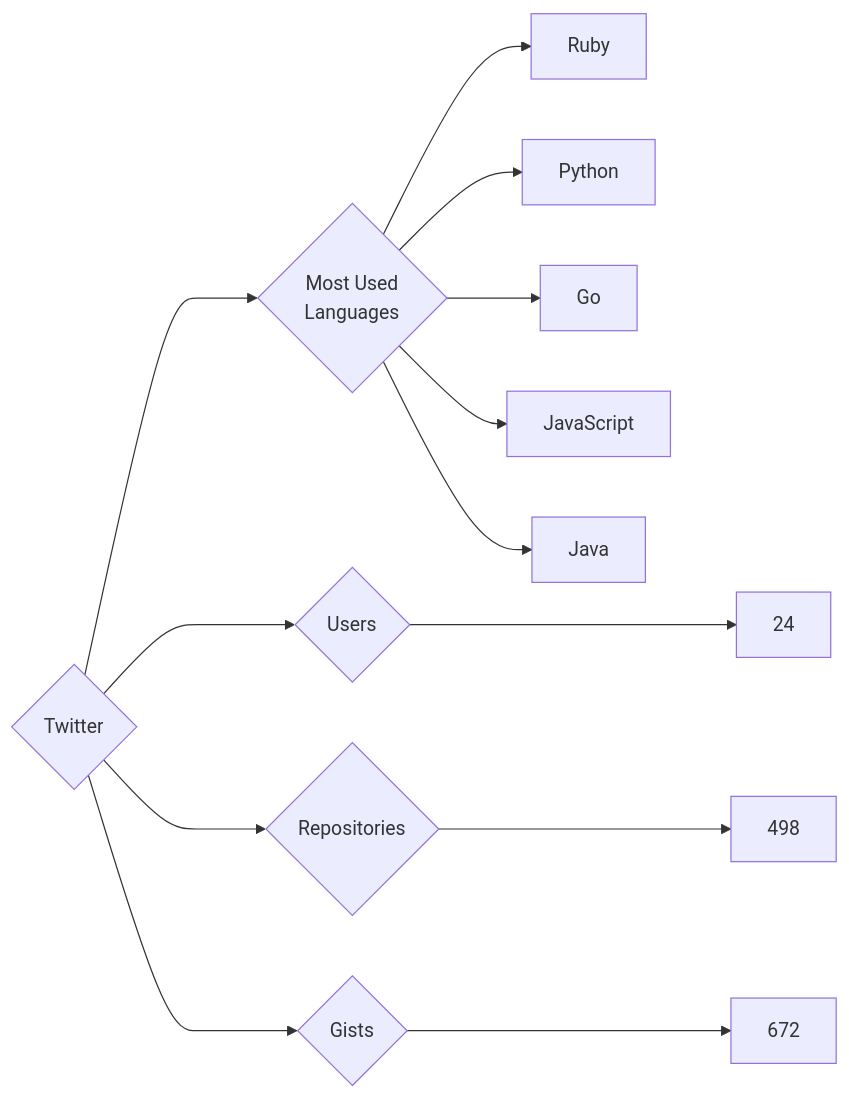
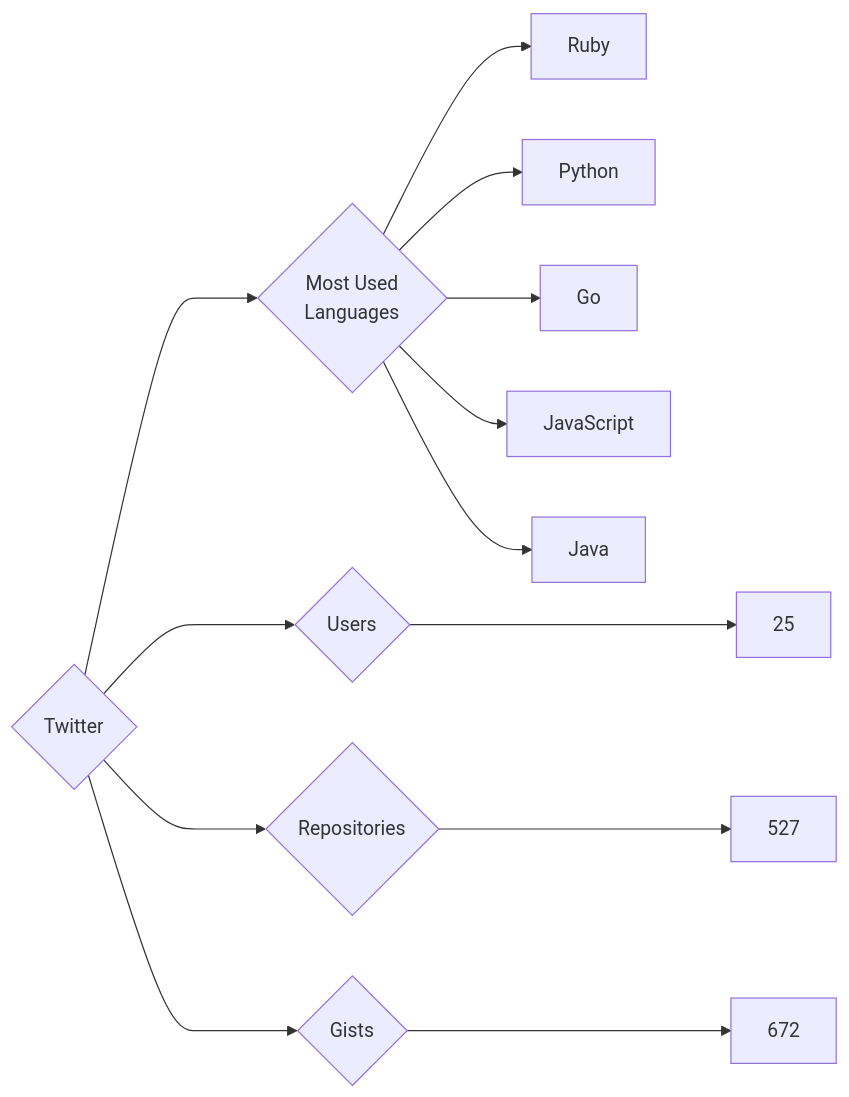
The diagram in targets/Twitter/README.md (trickest/insiders), drawn with Mermaid before and after one commit. The commit also changed 1389 other files, not shown here.

````diff
--- a/targets/Twitter/README.md
+++ b/targets/Twitter/README.md
@@ -3,13 +3,13 @@
 ```mermaid
 graph LR
 COMPANY_NAME{Twitter}
-COMPANY_NAME ---> U{Users} ---> UN[24]
-COMPANY_NAME ---> R{Repositories} ---> RN[498]
+COMPANY_NAME ---> U{Users} ---> UN[25]
+COMPANY_NAME ---> R{Repositories} ---> RN[527]
 COMPANY_NAME ---> G{Gists} ---> GN[672]
 COMPANY_NAME ---> ML{Most Used<br>Languages}
 ML --> Ruby[Ruby]
 ML --> Python[Python]
 ML --> Go[Go]
 ML --> JavaScript[JavaScript]
 ML --> Java[Java]
 ```
````
